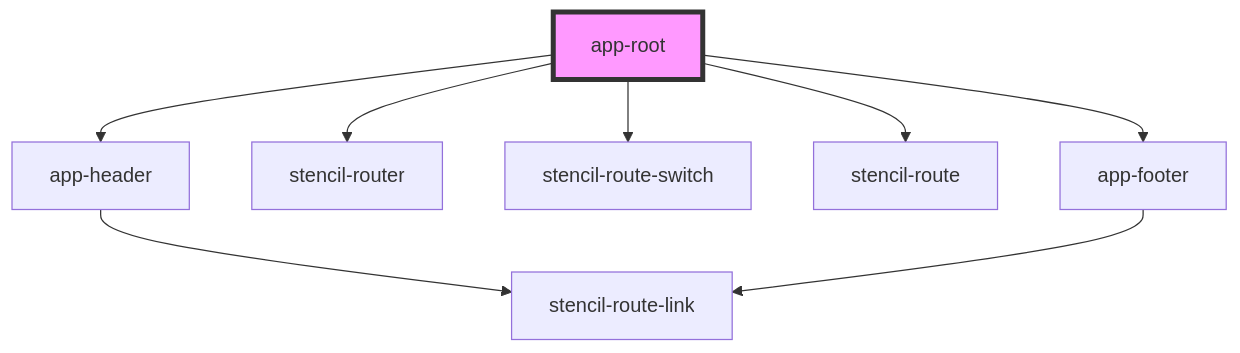
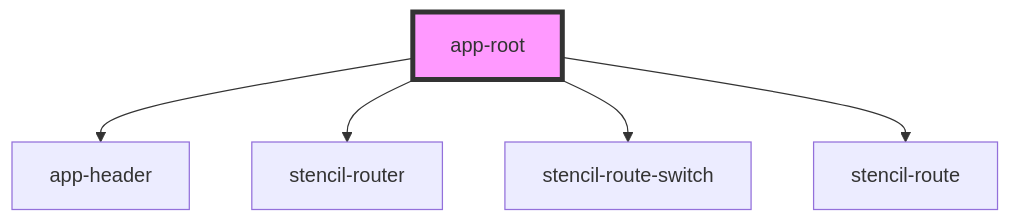
Before and after one commit to GaryWenneker/wijnconcept: the diagram in src/readme.md, drawn with Mermaid. The commit also changed other lines of this file and 67 other files, not shown here.

````diff
--- a/src/readme.md
+++ b/src/readme.md
@@ -19,11 +18,8 @@
 ```mermaid
 graph TD;
   app-root --> app-header
   app-root --> stencil-router
   app-root --> stencil-route-switch
   app-root --> stencil-route
-  app-root --> app-footer
-  app-header --> stencil-route-link
-  app-footer --> stencil-route-link
   style app-root fill:#f9f,stroke:#333,stroke-width:4px
 ```
````
